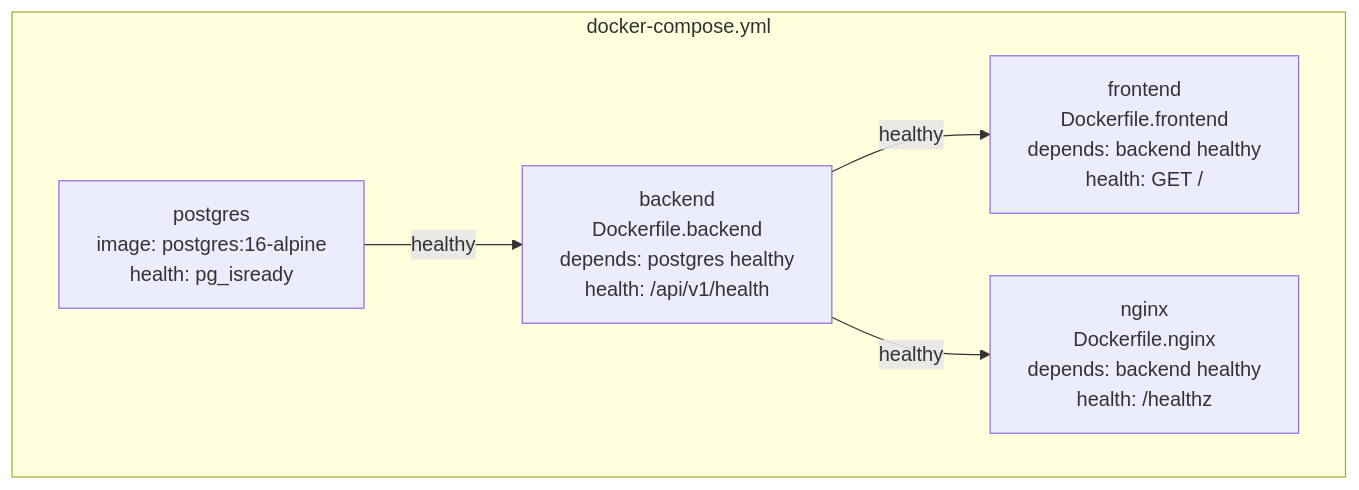
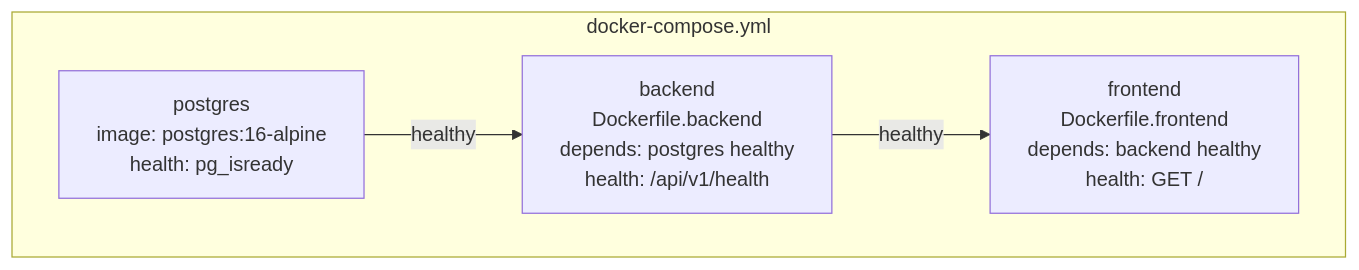
Before and after one commit to berserkhmdvhb/fullstack_template: the second of 2 diagrams in wiki/infrastructure.md, drawn with Mermaid. The commit also changed other lines of this file and 24 other files, not shown here.

Commit message:
docs: describe the two-image architecture; the Next.js server serves its own assets

````diff
--- a/wiki/infrastructure.md
+++ b/wiki/infrastructure.md
@@ -169,13 +145,11 @@
 ```mermaid
 flowchart TB
     subgraph Compose["docker-compose.yml"]
         PG["postgres<br/>image: postgres:16-alpine<br/>health: pg_isready"]
         BE["backend<br/>Dockerfile.backend<br/>depends: postgres healthy<br/>health: /api/v1/health"]
         FE["frontend<br/>Dockerfile.frontend<br/>depends: backend healthy<br/>health: GET /"]
-        NG["nginx<br/>Dockerfile.nginx<br/>depends: backend healthy<br/>health: /healthz"]
     end
 
     PG -->|"healthy"| BE
     BE -->|"healthy"| FE
-    BE -->|"healthy"| NG
 ```
````
